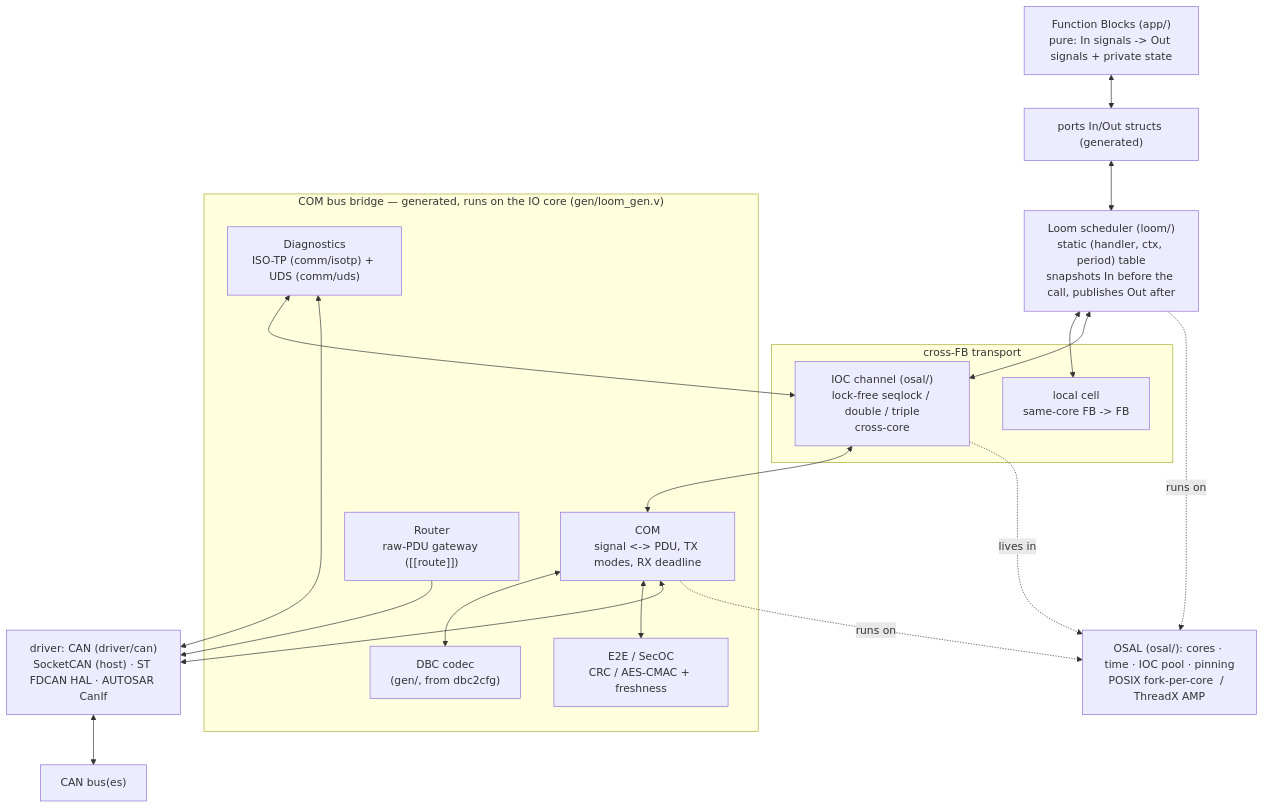
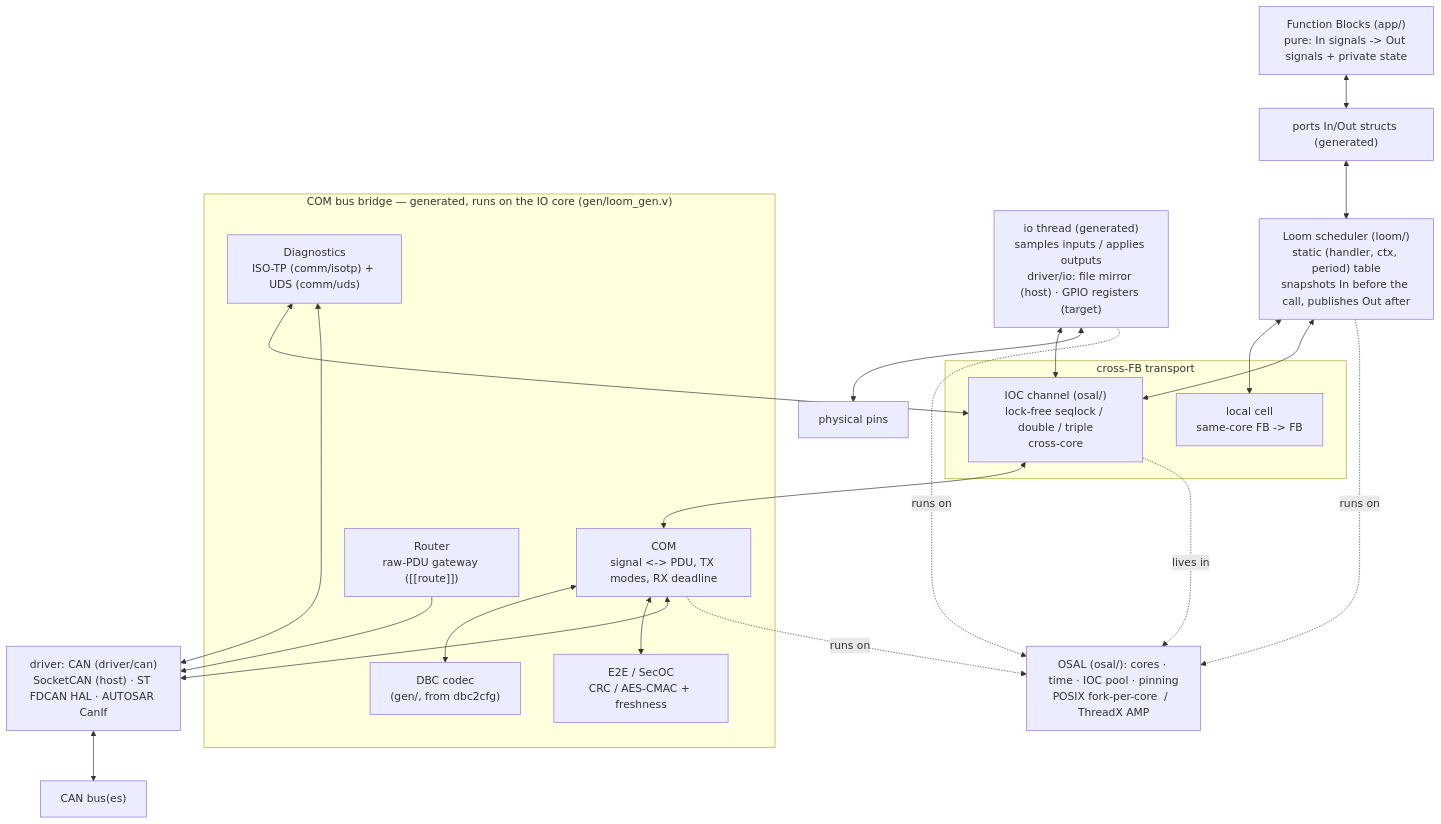
The first of 4 diagrams in docs/architecture.md (MartenH/blobly_emb), drawn with Mermaid before and after one commit. The commit also changed other lines of this file and 19 other files, not shown here.

First line of the commit message:
io P1 target rung: the io thread on ThreadX silicon — H755 bench-verified

````diff
--- a/docs/architecture.md
+++ b/docs/architecture.md
@@ -10,40 +10,45 @@
 ```mermaid
 graph TB
   FB["Function Blocks (app/)<br/>pure: In signals -> Out signals + private state"]
   PORTS["ports In/Out structs (generated)"]
   LOOM["Loom scheduler (loom/)<br/>static (handler, ctx, period) table<br/>snapshots In before the call, publishes Out after"]
 
   subgraph xport["cross-FB transport"]
     CELL["local cell<br/>same-core FB -> FB"]
     IOC["IOC channel (osal/)<br/>lock-free seqlock / double / triple<br/>cross-core"]
   end
 
   subgraph bridge["COM bus bridge — generated, runs on the IO core (gen/loom_gen.v)"]
     COM["COM<br/>signal <-> PDU, TX modes, RX deadline"]
     CODEC["DBC codec<br/>(gen/, from dbc2cfg)"]
     PROT["E2E / SecOC<br/>CRC / AES-CMAC + freshness"]
     ROUTE["Router<br/>raw-PDU gateway ([[route]])"]
     DIAG["Diagnostics<br/>ISO-TP (comm/isotp) + UDS (comm/uds)"]
   end
 
   DRV["driver: CAN (driver/can)<br/>SocketCAN (host) · ST FDCAN HAL · AUTOSAR CanIf"]
+  IOTH["io thread (generated)<br/>samples inputs / applies outputs<br/>driver/io: file mirror (host) · GPIO registers (target)"]
   BUS["CAN bus(es)"]
+  PINS["physical pins"]
   OSAL["OSAL (osal/): cores · time · IOC pool · pinning<br/>POSIX fork-per-core  /  ThreadX AMP"]
 
   FB <--> PORTS
   PORTS <--> LOOM
   LOOM <--> CELL
   LOOM <--> IOC
   IOC <--> COM
   COM <--> CODEC
   COM <--> PROT
   COM <--> DRV
   ROUTE --> DRV
   DIAG <--> IOC
   DIAG <--> DRV
   DRV <--> BUS
+  IOTH <--> IOC
+  IOTH <--> PINS
 
   LOOM -. runs on .-> OSAL
+  IOTH -. runs on .-> OSAL
   COM -. runs on .-> OSAL
   IOC -. lives in .-> OSAL
 ```
````
